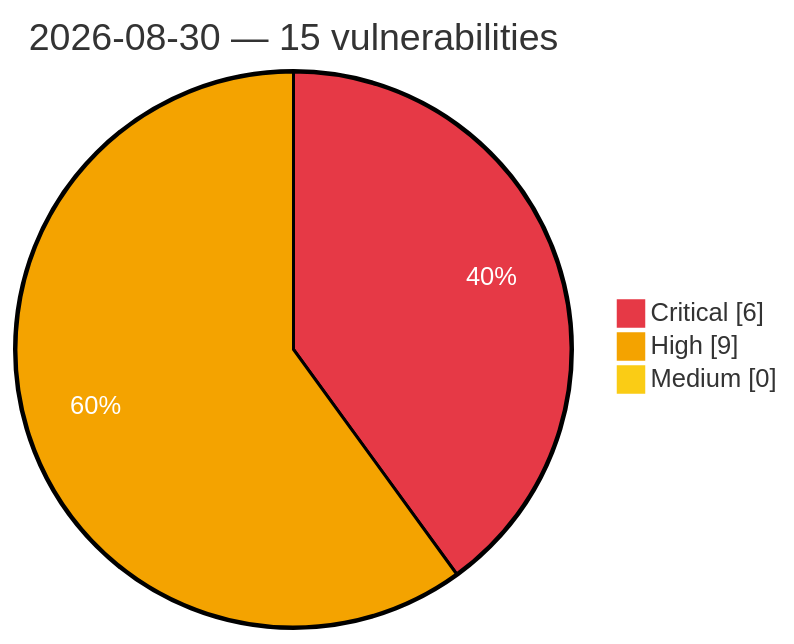
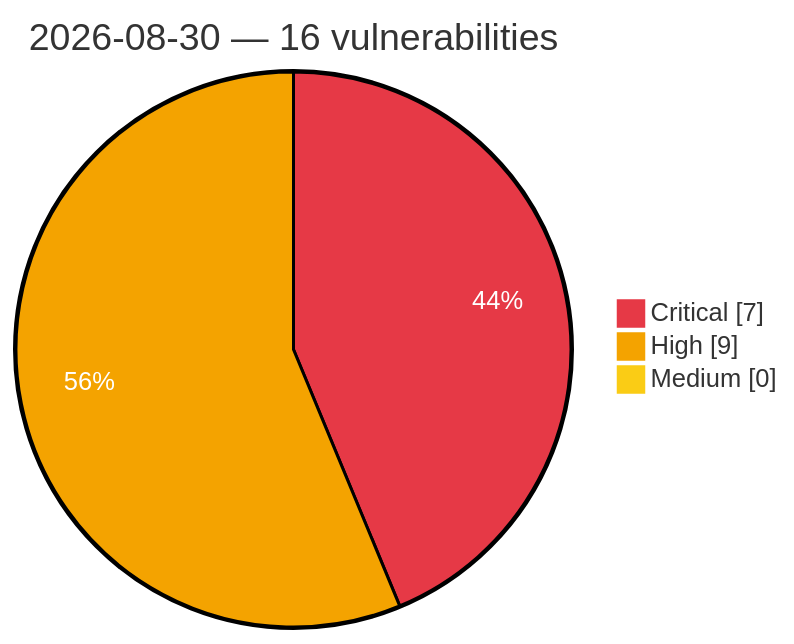
One commit to GhostX0X/vuln-tracker changed the diagram in vulnerabilities/2026/August/2026-08-30.md. Above: the diagram before and after it, drawn with Mermaid. The commit also changed other lines of this file and 5 other files, not shown here.

````diff
--- a/vulnerabilities/2026/August/2026-08-30.md
+++ b/vulnerabilities/2026/August/2026-08-30.md
@@ -3,8 +3,8 @@
 ```mermaid
 %%{init: {'theme':'base', 'themeVariables': {'pie1':'#e63946', 'pie2':'#f4a300', 'pie3':'#facc15', 'pieOpacity':'1', 'pieOuterStrokeWidth':'2px', 'pieSectionTextColor':'#ffffff'}}}%%
 pie showData
-    title 2026-08-30 — 15 vulnerabilities
-    "Critical" : 6
+    title 2026-08-30 — 16 vulnerabilities
+    "Critical" : 7
     "High" : 9
     "Medium" : 0
 ```
````
